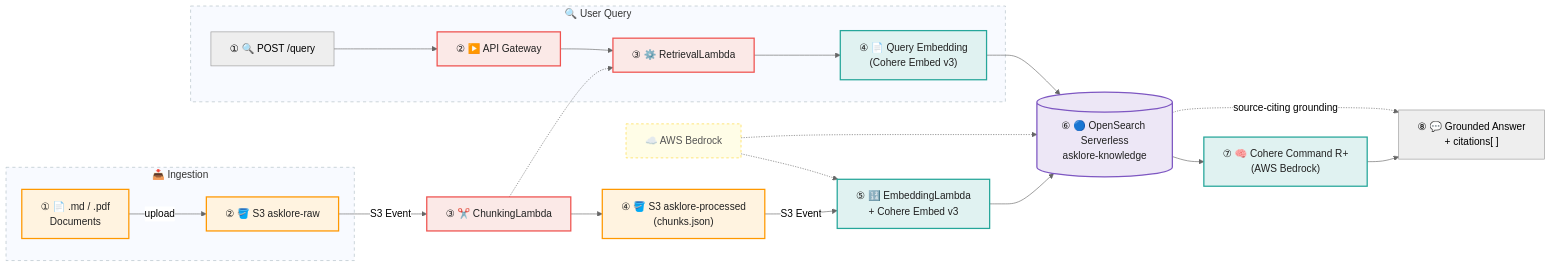
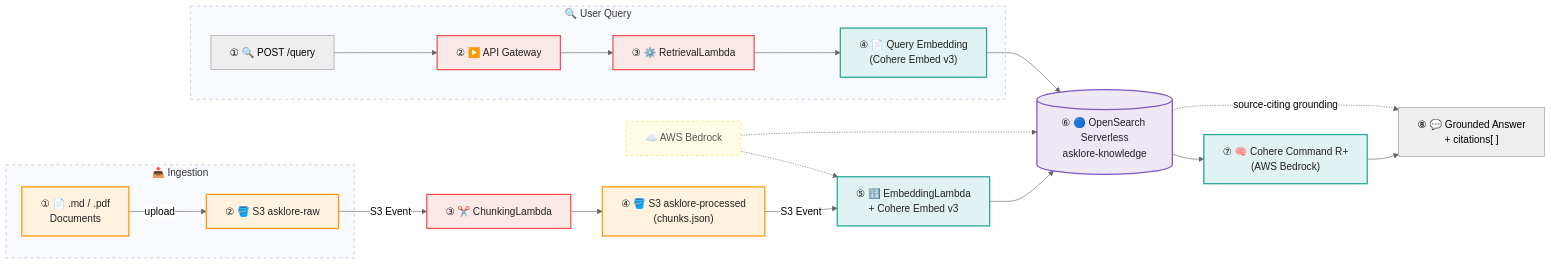
The diagram in README.md (Sunilrana1978/AskLore), drawn with Mermaid before and after one commit.

Commit message:
Remove incorrect ChunkingLambda→RetrievalLambda connection
These two Lambdas have no direct relationship — ChunkingLambda is
triggered by S3 events on asklore-raw and RetrievalLambda by API Gateway.

````diff
--- a/README.md
+++ b/README.md
@@ -9,42 +9,41 @@
 ```mermaid
 %%{init: {'theme': 'neutral'}}%%
 graph LR
     classDef s3      fill:#FFF3E0,stroke:#FF9800,stroke-width:2px,color:#212121
     classDef lambda  fill:#FBE9E7,stroke:#EF5350,stroke-width:2px,color:#212121
     classDef bedrock fill:#E0F2F1,stroke:#26A69A,stroke-width:2px,color:#212121
     classDef os      fill:#EDE7F6,stroke:#7E57C2,stroke-width:2px,color:#212121
     classDef cloud   fill:#FFFDE7,stroke:#FDD835,stroke-width:1px,color:#555,stroke-dasharray:4 4
 
     subgraph ING["📥 Ingestion"]
         DOC["① 📄 .md / .pdf\nDocuments"]:::s3
         RAW["② 🪣 S3 asklore-raw"]:::s3
         DOC -->|upload| RAW
     end
 
     subgraph USQ["🔍 User Query"]
         SRCH["① 🔍 POST /query"]
         PLAY["② ▶️ API Gateway"]:::lambda
         GEAR["③ ⚙️ RetrievalLambda"]:::lambda
         RESDOC["④ 📄 Query Embedding\n(Cohere Embed v3)"]:::bedrock
     end
 
     CHUNK["③ ✂️ ChunkingLambda"]:::lambda
     PROC["④ 🪣 S3 asklore-processed\n(chunks.json)"]:::s3
     EMBED["⑤ 🔢 EmbeddingLambda\n+ Cohere Embed v3"]:::bedrock
     CLOUD["☁️ AWS Bedrock"]:::cloud
     VECTOR[("⑥ 🔵 OpenSearch Serverless\nasklore-knowledge")]:::os
     LLM["⑦ 🧠 Cohere Command R+\n(AWS Bedrock)"]:::bedrock
     FINAL["⑧ 💬 Grounded Answer\n+ citations[ ]"]
 
     RAW  -->|S3 Event| CHUNK --> PROC
     PROC -->|S3 Event| EMBED --> VECTOR
     SRCH --> PLAY --> GEAR --> RESDOC --> VECTOR
-    CHUNK -.-> GEAR
     CLOUD -.-> EMBED
     CLOUD -.-> VECTOR
     VECTOR --> LLM --> FINAL
     VECTOR -.->|source-citing grounding| FINAL
 
     style ING fill:#F8FAFF,stroke:#B0BEC5,stroke-width:1px,stroke-dasharray:5 5
     style USQ fill:#F8FAFF,stroke:#B0BEC5,stroke-width:1px,stroke-dasharray:5 5
 ```
````
